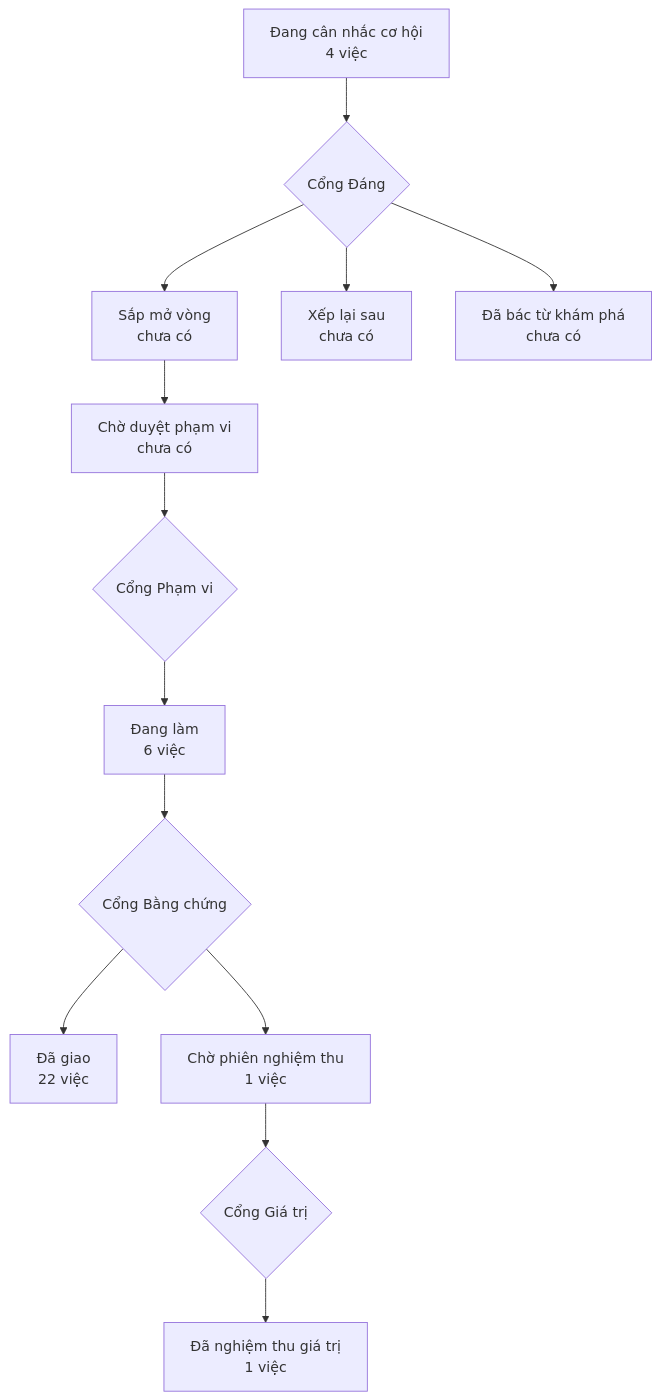
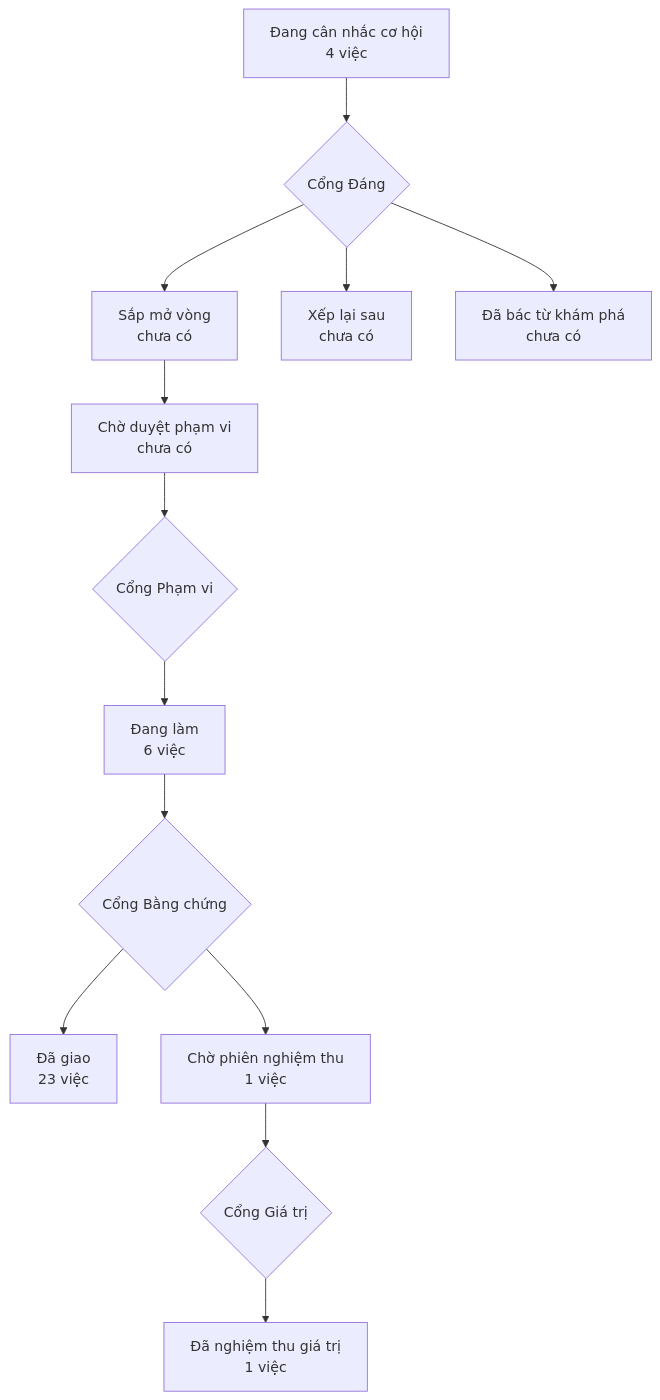
The diagram in PRODUCT-MAP.md (phanlemanh/crm-onehub), drawn with Mermaid before and after one commit. The commit also changed other lines of this file, not shown here.

Commit message:
chore: vẽ lại bản đồ sản phẩm sau chữ ký Cổng 2 của nen-chat-ai-elements

````diff
--- a/PRODUCT-MAP.md
+++ b/PRODUCT-MAP.md
@@ -6,12 +6,12 @@
 ```mermaid
 flowchart TD
   A["Đang cân nhắc cơ hội<br/>4 việc"] --> GD{"Cổng Đáng"}
   GD --> B["Sắp mở vòng<br/>chưa có"]
   GD --> XL["Xếp lại sau<br/>chưa có"]
   GD --> DB["Đã bác từ khám phá<br/>chưa có"]
   B --> CD["Chờ duyệt phạm vi<br/>chưa có"] --> GP{"Cổng Phạm vi"}
   GP --> DL["Đang làm<br/>6 việc"] --> GB{"Cổng Bằng chứng"}
-  GB --> DG["Đã giao<br/>22 việc"]
+  GB --> DG["Đã giao<br/>23 việc"]
   GB --> CN["Chờ phiên nghiệm thu<br/>1 việc"] --> GG{"Cổng Giá trị"}
   GG --> NT["Đã nghiệm thu giá trị<br/>1 việc"]
 ```
````
